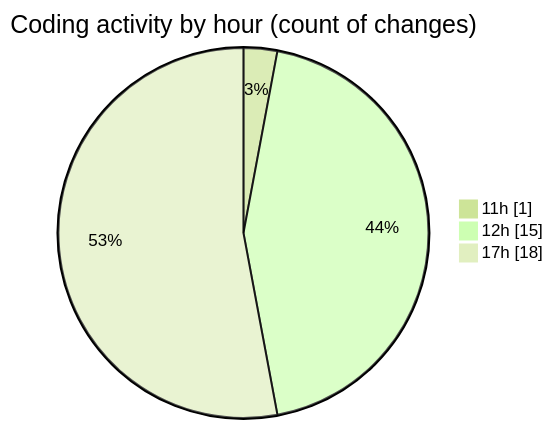
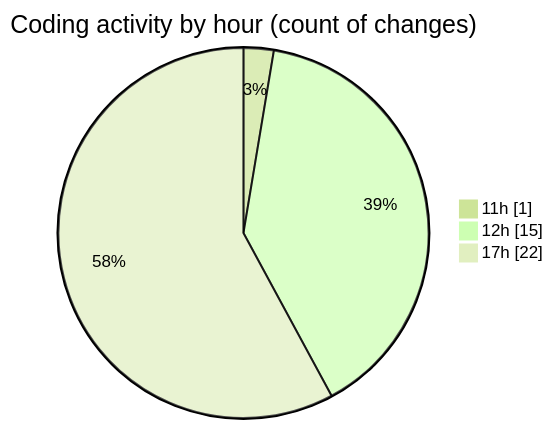
Before and after one commit to nxtqubesakshisongat/code-tracking: the second of 2 diagrams in 2025-09-04/nxtqube_webapp/README.md, drawn with Mermaid (forest theme). The commit also changed other lines of this file and 1 other file, not shown here.

````diff
--- a/2025-09-04/nxtqube_webapp/README.md
+++ b/2025-09-04/nxtqube_webapp/README.md
@@ -28,7 +28,7 @@
 ```mermaid
 pie showData
 title Coding activity by hour (count of changes)
 "11h" : 1
 "12h" : 15
-"17h" : 18
+"17h" : 22
 ```
````
